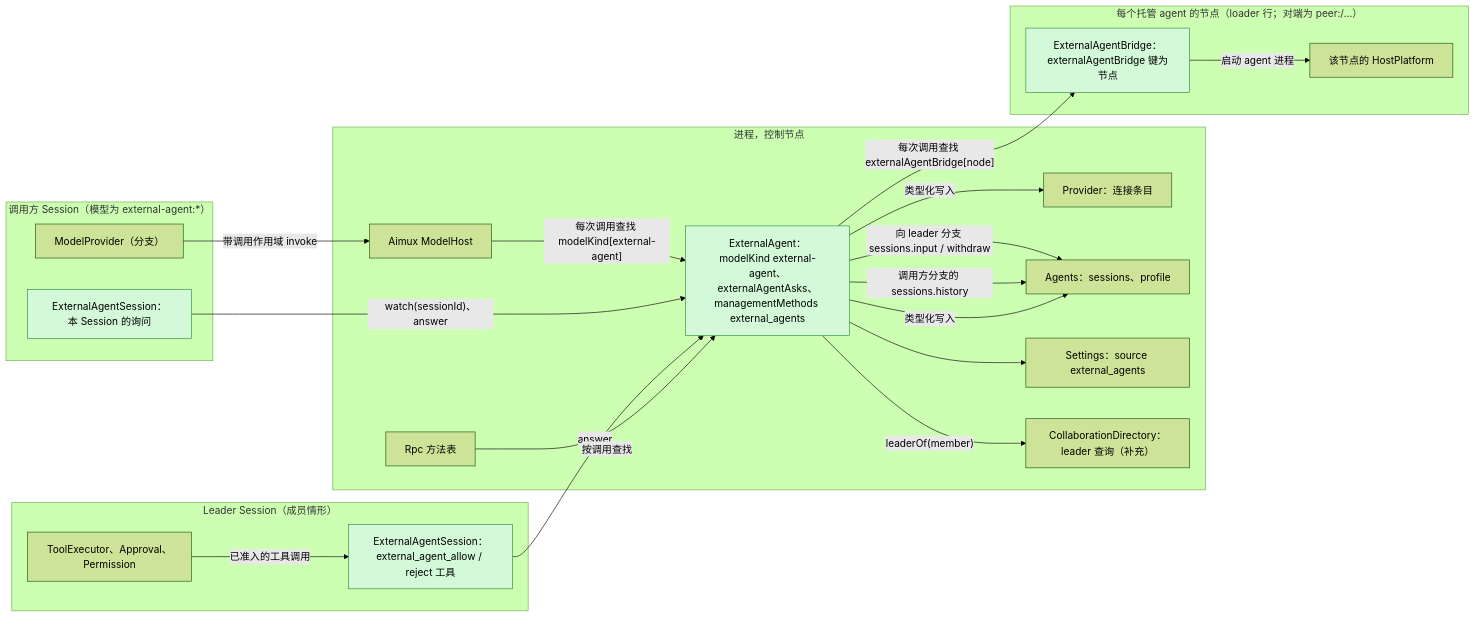
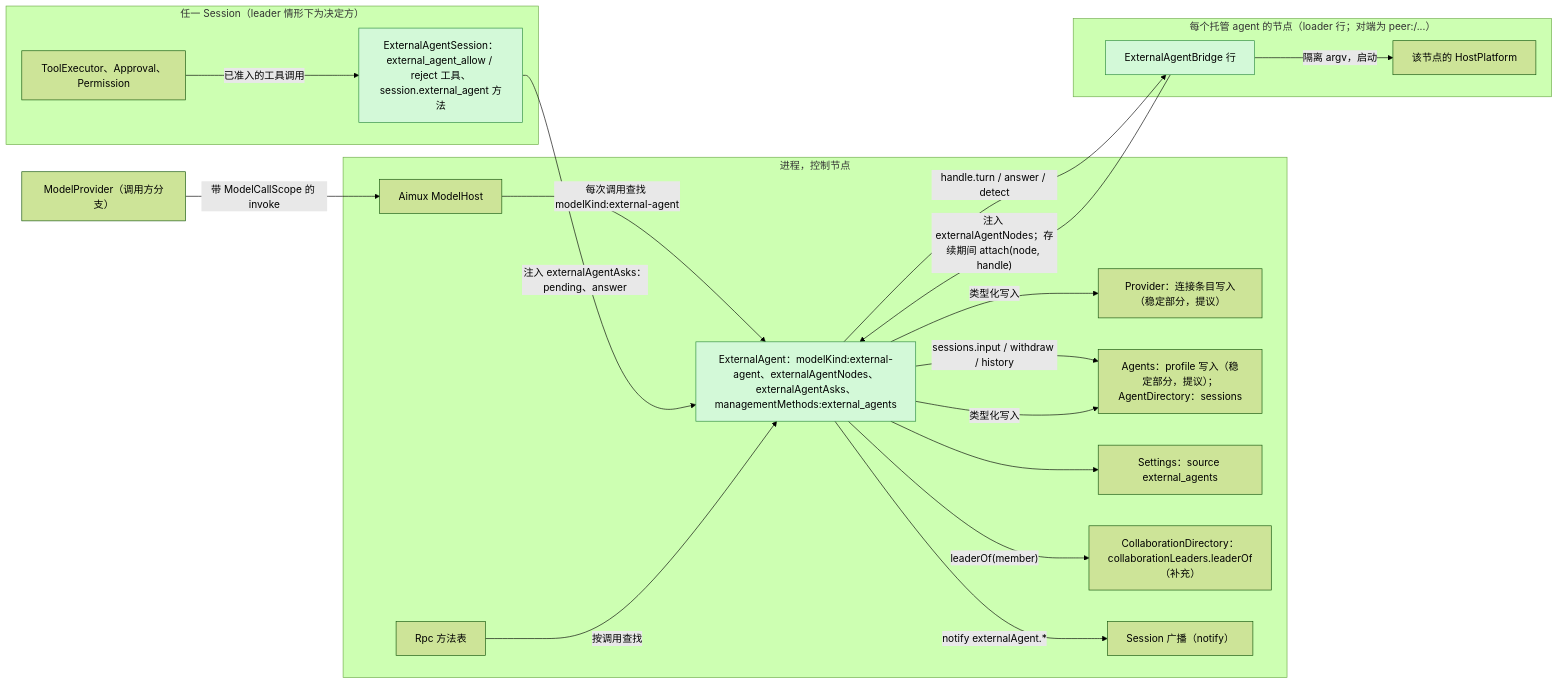
One commit to CoutinhoTTS/dim-agent changed the first of 5 diagrams in docs/zh/design/plugins/ExternalAgent.md. Above: the diagram before and after it, drawn with Mermaid (forest theme). The commit also changed other lines of this file and 7 other files, not shown here.

First line of the commit message:
docs(external-agent): bring ExternalAgent design to a Ready candidate

````diff
--- a/docs/zh/design/plugins/ExternalAgent.md
+++ b/docs/zh/design/plugins/ExternalAgent.md
@@ -21,39 +33,37 @@
 ```mermaid
 flowchart LR
   classDef new fill:#d3f9d8,stroke:#2b8a3e,color:#000
   subgraph proc["进程，控制节点"]
-    EA["ExternalAgent：modelKind external-agent、externalAgentAsks、managementMethods external_agents"]:::new
+    EA["ExternalAgent：modelKind:external-agent、externalAgentNodes、externalAgentAsks、managementMethods:external_agents"]:::new
     Aimux["Aimux ModelHost"]
-    Provider["Provider：连接条目"]
-    Agents["Agents：sessions、profile"]
+    PW["Provider：连接条目写入（稳定部分，提议）"]
+    AW["Agents：profile 写入（稳定部分，提议）；AgentDirectory：sessions"]
     Settings["Settings：source external_agents"]
-    CD["CollaborationDirectory：leader 查询（补充）"]
+    CD["CollaborationDirectory：collaborationLeaders.leaderOf（补充）"]
     Rpc["Rpc 方法表"]
+    SB["Session 广播（notify）"]
   end
   subgraph node["每个托管 agent 的节点（loader 行；对端为 peer:<node>/...）"]
-    BR["ExternalAgentBridge：externalAgentBridge 键为节点"]:::new
+    BR["ExternalAgentBridge 行"]:::new
     HP["该节点的 HostPlatform"]
   end
-  subgraph calling["调用方 Session（模型为 external-agent:*）"]
-    MP["ModelProvider（分支）"]
-    ES1["ExternalAgentSession：本 Session 的询问"]:::new
-  end
-  subgraph leader["Leader Session（成员情形）"]
-    ES2["ExternalAgentSession：external_agent_allow / reject 工具"]:::new
+  subgraph leader["任一 Session（leader 情形下为决定方）"]
+    ES["ExternalAgentSession：external_agent_allow / reject 工具、session.external_agent 方法"]:::new
     TE["ToolExecutor、Approval、Permission"]
   end
-  MP -->|"带调用作用域 invoke"| Aimux
-  Aimux -->|"每次调用查找 modelKind[external-agent]"| EA
-  EA -->|"每次调用查找 externalAgentBridge[node]"| BR
-  BR -->|"启动 agent 进程"| HP
+  MP["ModelProvider（调用方分支）"]
+  MP -->|"带 ModelCallScope 的 invoke"| Aimux
+  Aimux -->|"每次调用查找 modelKind:external-agent"| EA
+  BR -->|"注入 externalAgentNodes；存续期间 attach(node, handle)"| EA
+  EA -->|"handle.turn / answer / detect"| BR
+  BR -->|"隔离 argv，启动"| HP
   EA -->|"leaderOf(member)"| CD
-  EA -->|"向 leader 分支 sessions.input / withdraw"| Agents
-  EA -->|"调用方分支的 sessions.history"| Agents
-  ES1 -->|"watch(sessionId)、answer"| EA
-  TE -->|"已准入的工具调用"| ES2
-  ES2 -->|"answer"| EA
+  EA -->|"sessions.input / withdraw / history"| AW
+  EA -->|"notify externalAgent.*"| SB
+  TE -->|"已准入的工具调用"| ES
+  ES -->|"注入 externalAgentAsks：pending、answer"| EA
   Rpc -->|"按调用查找"| EA
   EA --> Settings
-  EA -->|"类型化写入"| Provider
-  EA -->|"类型化写入"| Agents
+  EA -->|"类型化写入"| PW
+  EA -->|"类型化写入"| AW
 ```
````
